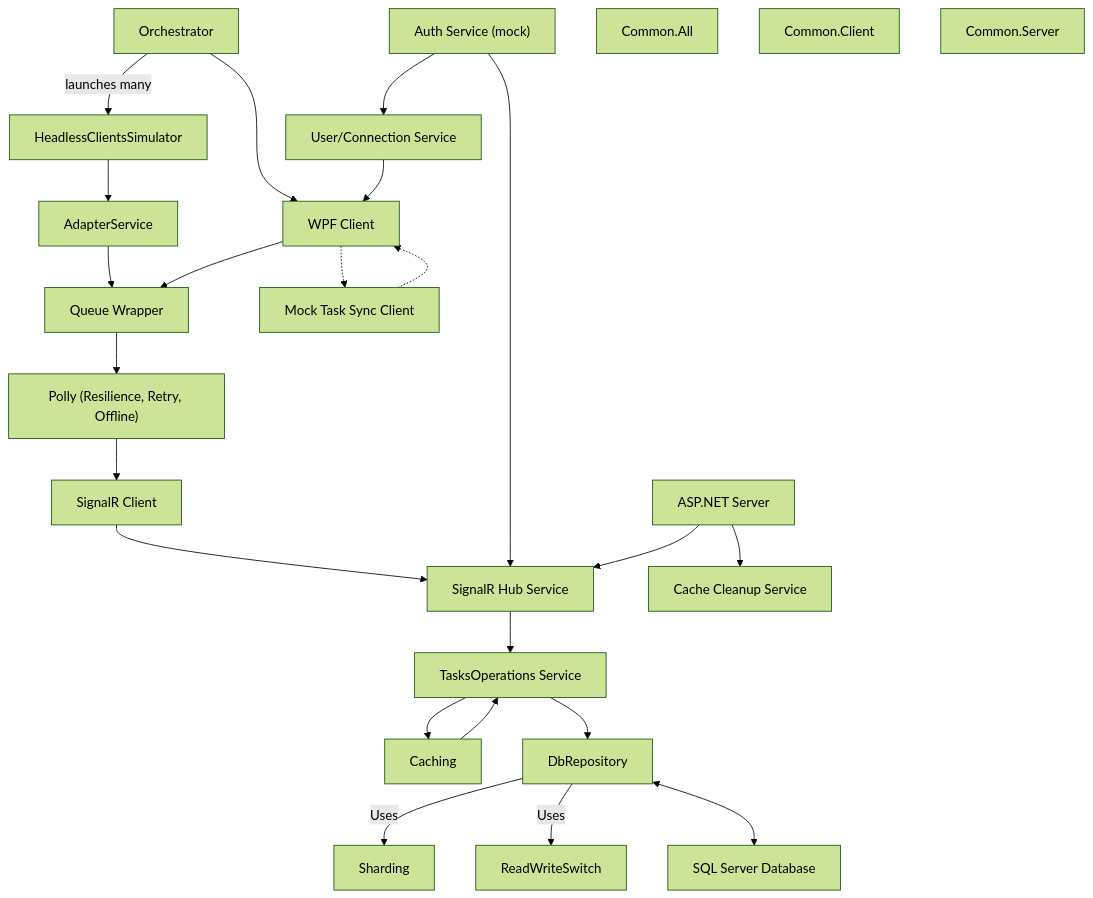
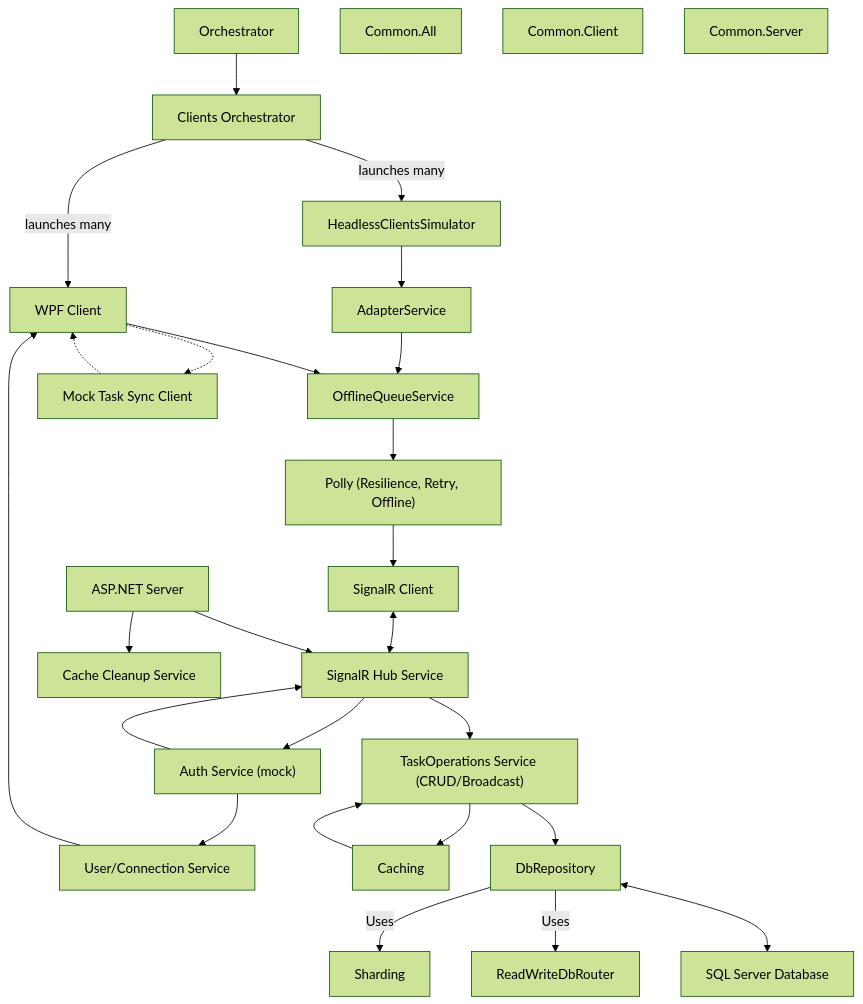
One commit to shaunday/ToDos changed the diagram in README.md. Above: the diagram before and after it, drawn with Mermaid (forest theme). The commit also changed other lines of this file, not shown here.

````diff
--- a/README.md
+++ b/README.md
@@ -66,63 +66,66 @@
 ```mermaid
 flowchart TB
     %% Top: Orchestrator
     Orchestrator["Orchestrator"]
+    ClientsOrchestrator["Clients Orchestrator"]
+    Orchestrator --> ClientsOrchestrator
+    ClientsOrchestrator -- "launches many" --> UI
+    ClientsOrchestrator -- "launches many" --> HeadlessSim
     HeadlessSim["HeadlessClientsSimulator"]
     AdapterService["AdapterService"]
-    Orchestrator --> UI
-    Orchestrator -- "launches many" --> HeadlessSim
     HeadlessSim --> AdapterService
-    AdapterService --> Queue
+    AdapterService --> OfflineQueueService
 
     %% Client Side
     UI["WPF Client"]
-    Queue["Queue Wrapper"]
+    OfflineQueueService["OfflineQueueService"]
     Polly["Polly (Resilience, Retry, Offline)"]
     SignalRClient["SignalR Client"]
     Mock["Mock Task Sync Client"]
     UserConnService["User/Connection Service"]
 
-    UI --> Queue
-    Queue --> Polly
+    UI --> OfflineQueueService
+    OfflineQueueService --> Polly
     Polly --> SignalRClient
     UI -.-> Mock
     Mock -.-> UI
-    SignalRClient --> SignalRHub
+    SignalRClient <--> SignalRHub
     UserConnService --> UI
 
     %% Middle: Auth Service (mock)
     AuthService["Auth Service (mock)"]
     AuthService --> SignalRHub
     AuthService --> UserConnService
+    SignalRHub --> AuthService
 
     %% Middle: Server Side
     SignalRHub["SignalR Hub Service"]
-    TasksOperations["TasksOperations Service"]
+    TaskOperations["TaskOperations Service (CRUD/Broadcast)"]
     Caching["Caching"]
     DbRepository["DbRepository"]
     Sharding["Sharding"]
-    ReadWriteSwitch["ReadWriteSwitch"]
+    ReadWriteDbRouter["ReadWriteDbRouter"]
     DB["SQL Server Database"]
     CacheCleanup["Cache Cleanup Service"]
 
-    SignalRHub --> TasksOperations
-    TasksOperations --> Caching
-    Caching --> TasksOperations
-    TasksOperations --> DbRepository
+    SignalRHub --> TaskOperations
+    TaskOperations --> Caching
+    Caching --> TaskOperations
+    TaskOperations --> DbRepository
     DbRepository -- Uses --> Sharding
-    DbRepository -- Uses --> ReadWriteSwitch
+    DbRepository -- Uses --> ReadWriteDbRouter
     DbRepository <--> DB
     ServerApp["ASP.NET Server"]
     ServerApp --> SignalRHub
     ServerApp --> CacheCleanup
 
-    %% Right: Shared/Common
+    %% Right: Shared/Common (top to bottom)
     CommonAll["Common.All"]
     CommonClient["Common.Client"]
     CommonServer["Common.Server"]
 
     %% Position common projects visually (no lines)
     CommonAll
     CommonClient
     CommonServer
 ```
````
